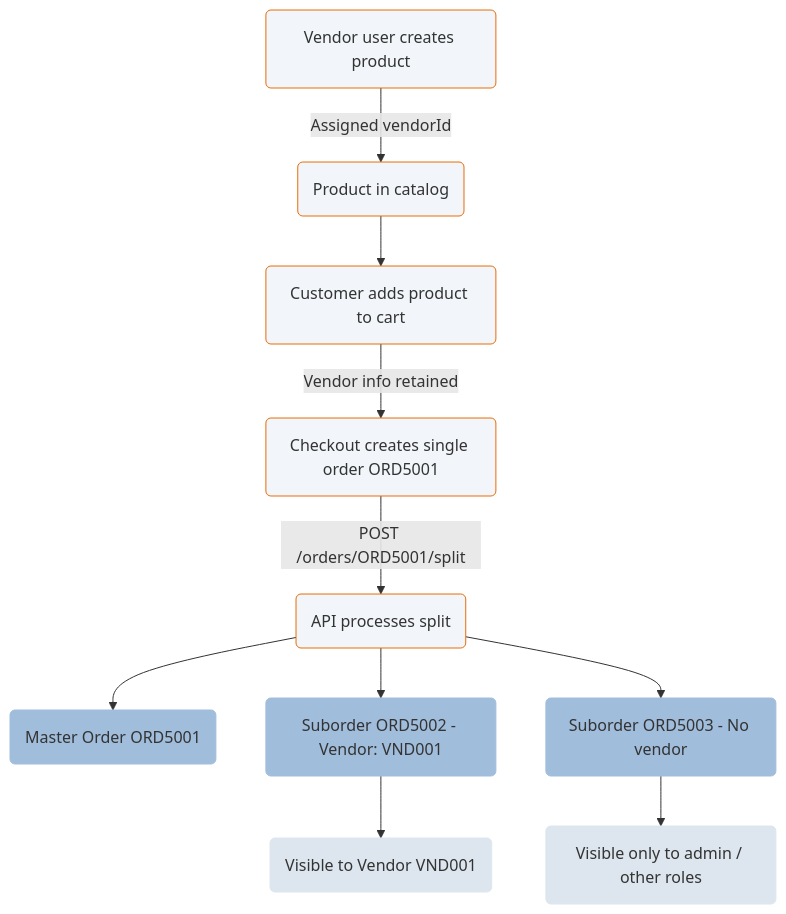
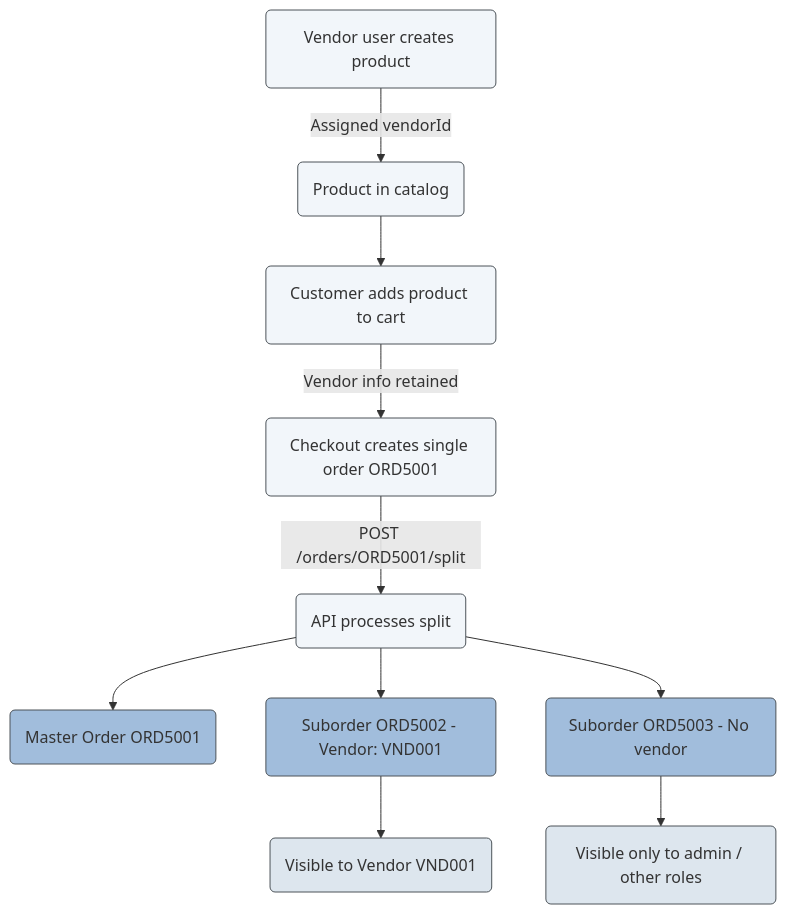
One commit to emporix/api-references changed the diagram in companies-and-customers/vendor-service/vendor.md. Above: the diagram before and after it, drawn with Mermaid. The commit also changed other lines of this file, not shown here.

````diff
--- a/companies-and-customers/vendor-service/vendor.md
+++ b/companies-and-customers/vendor-service/vendor.md
@@ -422,42 +344,42 @@
 ```mermaid
 ---
 config:
   layout: fixed
   theme: default
   look: classic
 ---
 flowchart TD
     A[Vendor user creates product] -->|Assigned vendorId| B[Product in catalog]
     B --> C[Customer adds product to cart]
     C -->|Vendor info retained| D[Checkout creates single order ORD5001]
     D -->|POST /orders/ORD5001/split| E[API processes split]
     E --> F[Master Order ORD5001]
     E --> G[Suborder ORD5002 - Vendor: VND001]
     E --> H[Suborder ORD5003 - No vendor]
     G --> I[Visible to Vendor VND001]
     H --> J[Visible only to admin / other roles]
       A@{ shape: rounded}
       B@{ shape: rounded}
       C@{ shape: rounded}
       D@{ shape: rounded}
       E@{ shape: rounded}
       F@{ shape: rounded}
       G@{ shape: rounded}
       H@{ shape: rounded}
       I@{ shape: rounded}
       J@{ shape: rounded}
       A:::Class_04
       B:::Class_04
       C:::Class_04
       D:::Class_04
       E:::Class_04
       F:::Class_01
       G:::Class_01
       H:::Class_01
       I:::Class_02
       J:::Class_02
-    classDef Class_02 stroke-width:1px, stroke-dasharray: 0, stroke:#DDE6EE, fill:#DDE6EE
-    classDef Class_01 stroke-width:1px, stroke-dasharray: 0, stroke:#A1BDDC, fill:#A1BDDC
+    classDef Class_02 stroke-width:1px, stroke-dasharray: 0, stroke:#4C5359, fill:#DDE6EE
+    classDef Class_01 stroke-width:1px, stroke-dasharray: 0, stroke:#4C5359, fill:#A1BDDC
     classDef Class_03 stroke-width:1px, stroke-dasharray: 0, stroke:#3b73bb, fill:#3b73bb
-    classDef Class_04 fill:#F2F6FA, stroke:#E86C07
+    classDef Class_04 fill:#F2F6FA, stroke:#4C5359
 ```
````
